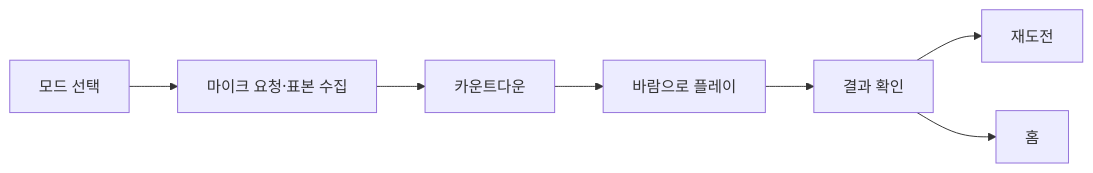
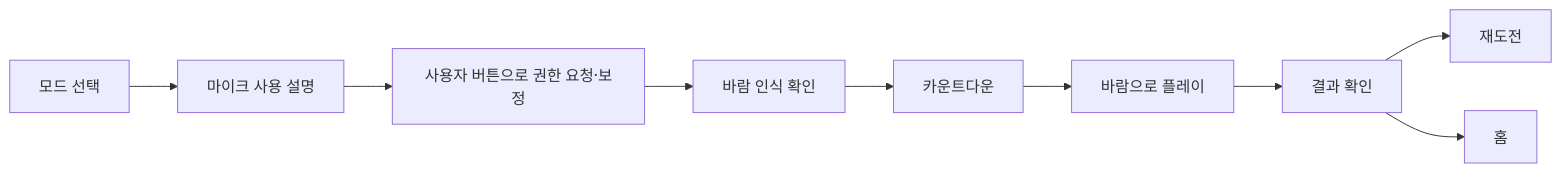
One commit to toss-aug-hackathon/blow-balloon changed the second of 3 diagrams in docs/information-architecture.md. Above: the diagram before and after it, drawn with Mermaid. The commit also changed other lines of this file and 38 other files, not shown here.

````diff
--- a/docs/information-architecture.md
+++ b/docs/information-architecture.md
@@ -68,9 +69,11 @@
 ```mermaid
 flowchart LR
-  Select["모드 선택"] --> Mic["마이크 요청·표본 수집"]
-  Mic --> Count["카운트다운"]
+  Select["모드 선택"] --> Explain["마이크 사용 설명"]
+  Explain --> Mic["사용자 버튼으로 권한 요청·보정"]
+  Mic --> Ready["바람 인식 확인"]
+  Ready --> Count["카운트다운"]
   Count --> Play["바람으로 플레이"]
   Play --> Result["결과 확인"]
   Result --> Retry["재도전"]
   Result --> Home["홈"]
 ```
````
